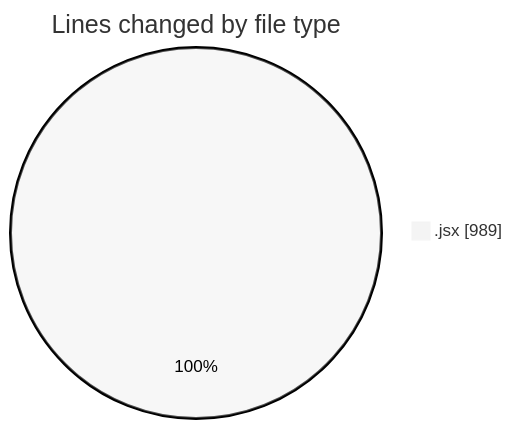
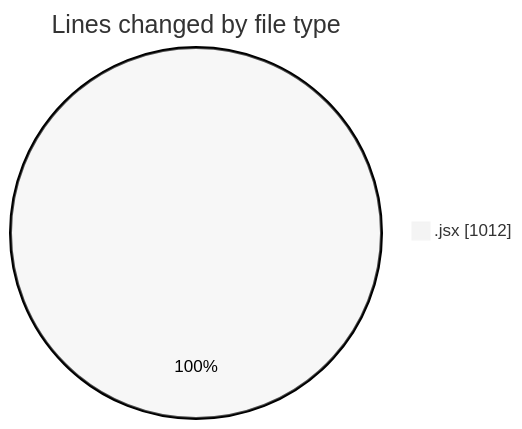
One commit to nxtqubesakshisongat/code-tracking changed the first of 2 diagrams in 2025-11-20/nxtqube_webapp/README.md. Above: the diagram before and after it, drawn with Mermaid (neutral theme). The commit also changed other lines of this file and 1 other file, not shown here.

````diff
--- a/2025-11-20/nxtqube_webapp/README.md
+++ b/2025-11-20/nxtqube_webapp/README.md
@@ -21,5 +21,5 @@
 ```mermaid
 pie showData
 title Lines changed by file type
-".jsx" : 989
+".jsx" : 1012
 ```
````
